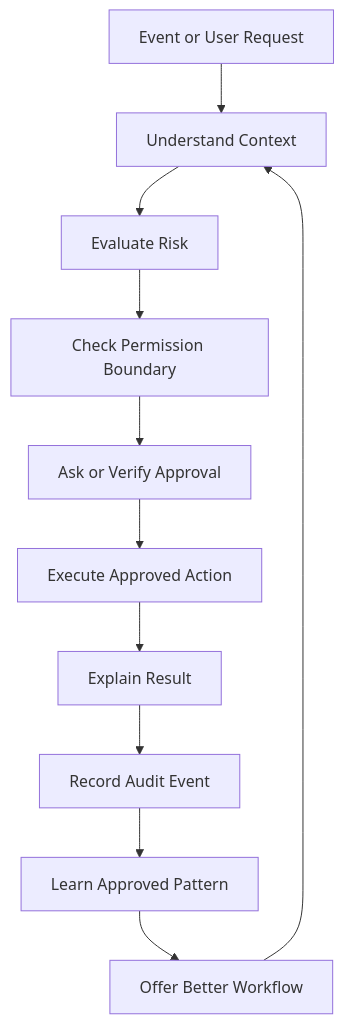
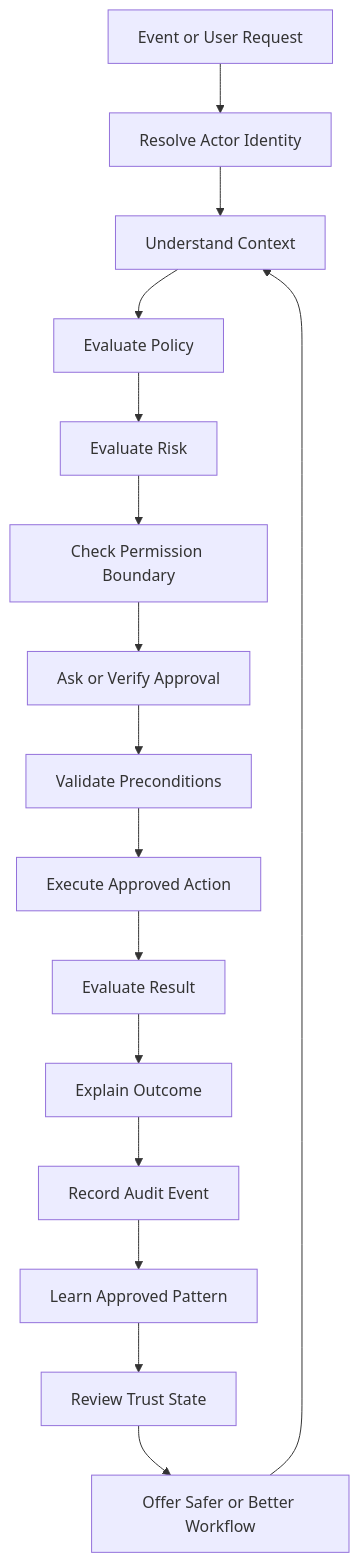
One commit to SinLess-Games/Aerealith changed the second of 5 diagrams in docs/vision/Trust Model.md. Above: the diagram before and after it, drawn with Mermaid. The commit also changed other lines of this file and 1352 other files, not shown here.

````diff
--- a/docs/vision/Trust Model.md
+++ b/docs/vision/Trust Model.md
@@ -80,24 +214,34 @@
 ```mermaid
 flowchart TD
     Event["Event or User Request"]
+    Identity["Resolve Actor Identity"]
     Context["Understand Context"]
+    Policy["Evaluate Policy"]
     Risk["Evaluate Risk"]
     Permission["Check Permission Boundary"]
     Approval["Ask or Verify Approval"]
+    Validate["Validate Preconditions"]
     Action["Execute Approved Action"]
-    Explain["Explain Result"]
+    Result["Evaluate Result"]
+    Explain["Explain Outcome"]
     Audit["Record Audit Event"]
     Learn["Learn Approved Pattern"]
-    Improve["Offer Better Workflow"]
+    Review["Review Trust State"]
+    Improve["Offer Safer or Better Workflow"]
 
-    Event --> Context
-    Context --> Risk
+    Event --> Identity
+    Identity --> Context
+    Context --> Policy
+    Policy --> Risk
     Risk --> Permission
     Permission --> Approval
-    Approval --> Action
-    Action --> Explain
+    Approval --> Validate
+    Validate --> Action
+    Action --> Result
+    Result --> Explain
     Explain --> Audit
     Audit --> Learn
-    Learn --> Improve
+    Learn --> Review
+    Review --> Improve
     Improve --> Context
 ```
````
